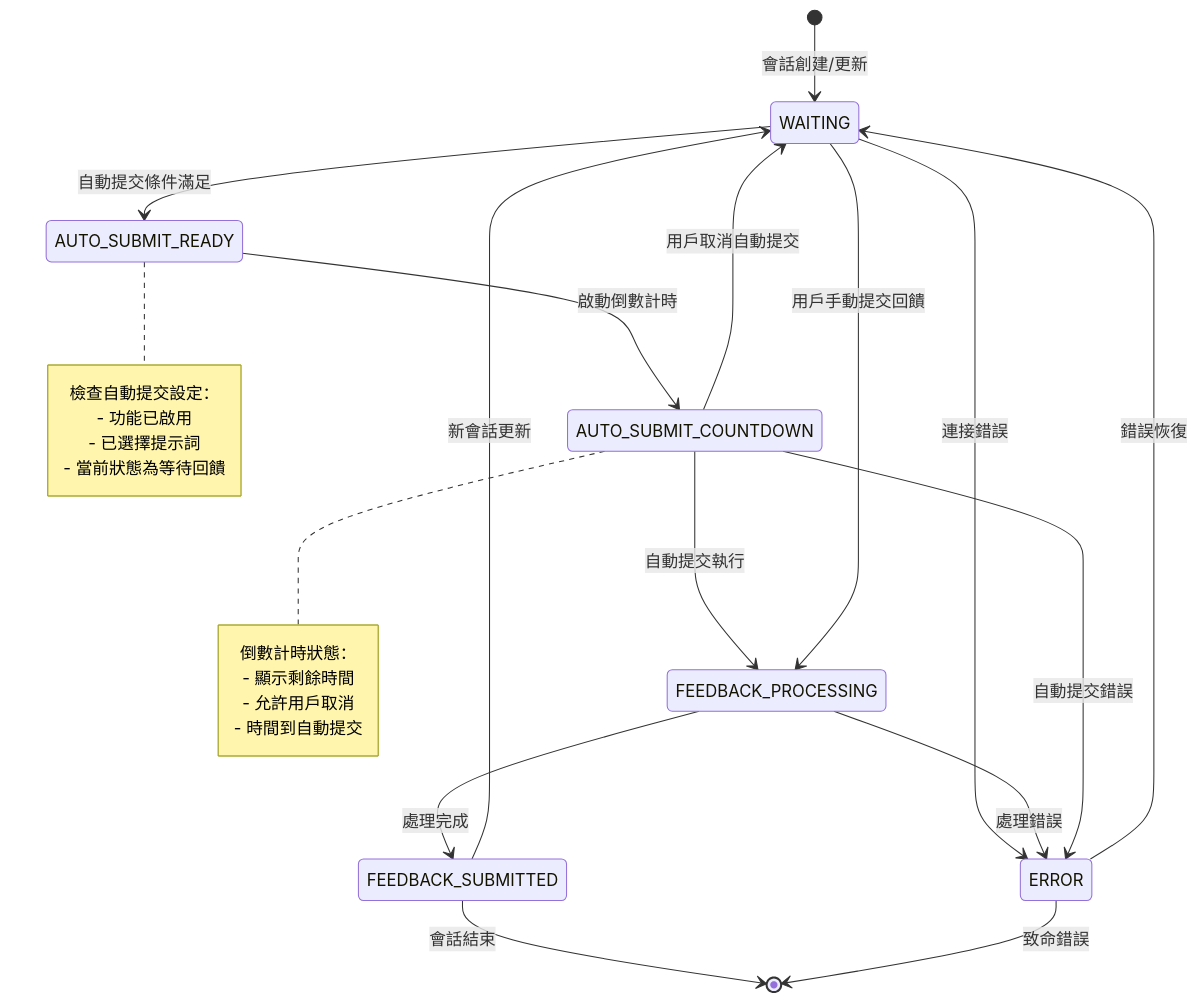
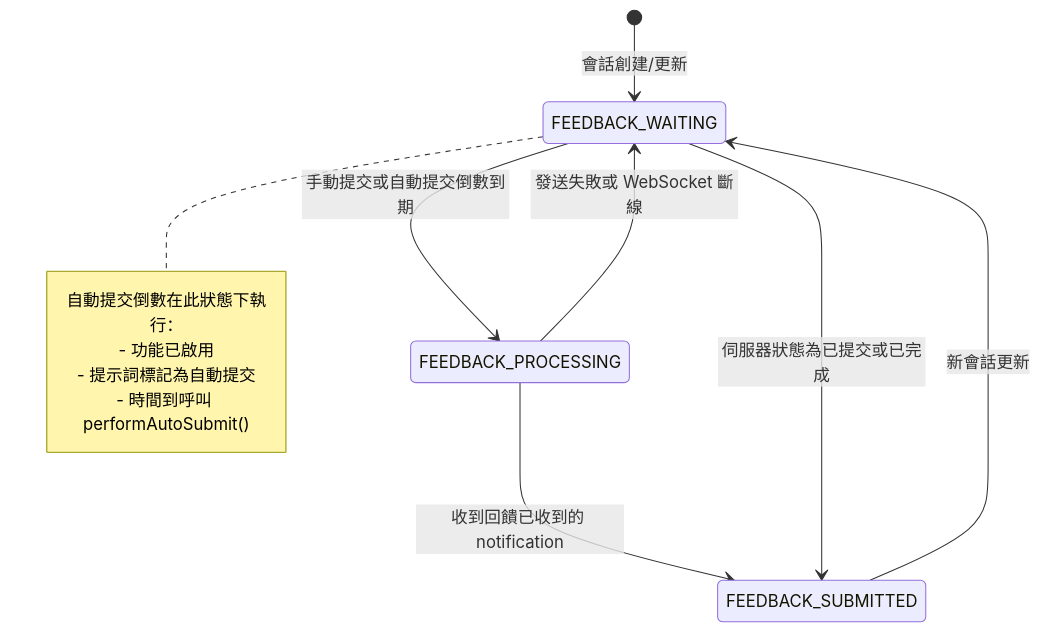
One commit to CloudEngineHub/mcp-feedback-enhanced changed diagram 12 of 12 in docs/architecture/interaction-flows.md. Above: the diagram before and after it, drawn with Mermaid. The commit also changed other lines of this file, not shown here.

Commit message:
📝 交互流程文件改用實際的方法名、WebSocket 訊息與前端回饋狀態，移除虛構的環境偵測與會話管理虛擬碼

````diff
--- a/docs/architecture/interaction-flows.md
+++ b/docs/architecture/interaction-flows.md
@@ -723,32 +541,16 @@
 ```mermaid
 stateDiagram-v2
-    [*] --> WAITING: 會話創建/更新
-    WAITING --> AUTO_SUBMIT_READY: 自動提交條件滿足
-    AUTO_SUBMIT_READY --> AUTO_SUBMIT_COUNTDOWN: 啟動倒數計時
-    AUTO_SUBMIT_COUNTDOWN --> FEEDBACK_PROCESSING: 自動提交執行
-    WAITING --> FEEDBACK_PROCESSING: 用戶手動提交回饋
-    FEEDBACK_PROCESSING --> FEEDBACK_SUBMITTED: 處理完成
-    FEEDBACK_SUBMITTED --> WAITING: 新會話更新
-    FEEDBACK_SUBMITTED --> [*]: 會話結束
+    [*] --> FEEDBACK_WAITING: 會話創建/更新
+    FEEDBACK_WAITING --> FEEDBACK_PROCESSING: 手動提交或自動提交倒數到期
+    FEEDBACK_PROCESSING --> FEEDBACK_SUBMITTED: 收到回饋已收到的 notification
+    FEEDBACK_PROCESSING --> FEEDBACK_WAITING: 發送失敗或 WebSocket 斷線
+    FEEDBACK_WAITING --> FEEDBACK_SUBMITTED: 伺服器狀態為已提交或已完成
+    FEEDBACK_SUBMITTED --> FEEDBACK_WAITING: 新會話更新
 
-    AUTO_SUBMIT_COUNTDOWN --> WAITING: 用戶取消自動提交
-    WAITING --> ERROR: 連接錯誤
-    FEEDBACK_PROCESSING --> ERROR: 處理錯誤
-    AUTO_SUBMIT_COUNTDOWN --> ERROR: 自動提交錯誤
-    ERROR --> WAITING: 錯誤恢復
-    ERROR --> [*]: 致命錯誤
-
-    note right of AUTO_SUBMIT_READY
-        檢查自動提交設定：
+    note right of FEEDBACK_WAITING
+        自動提交倒數在此狀態下執行：
         - 功能已啟用
-        - 已選擇提示詞
-        - 當前狀態為等待回饋
-    end note
-
-    note right of AUTO_SUBMIT_COUNTDOWN
-        倒數計時狀態：
-        - 顯示剩餘時間
-        - 允許用戶取消
-        - 時間到自動提交
+        - 提示詞標記為自動提交
+        - 時間到呼叫 performAutoSubmit()
     end note
 ```
````
